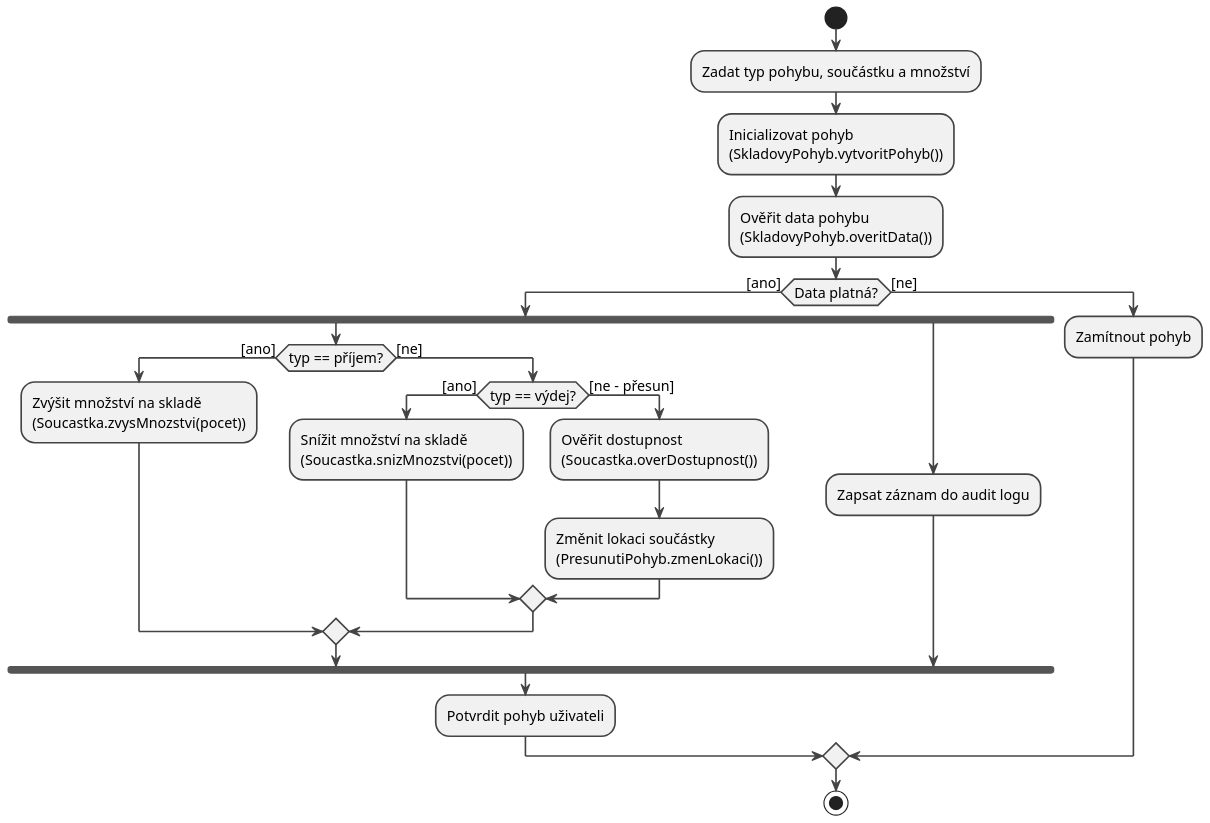
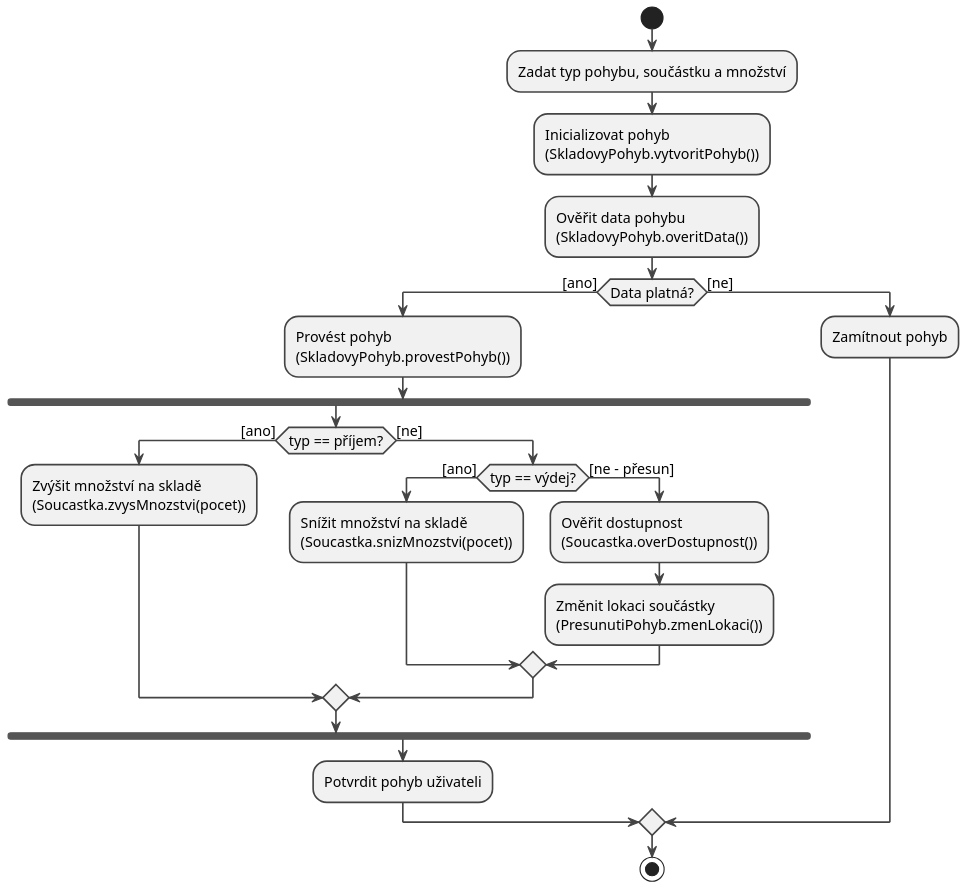
One commit to lkvapil/kOdevzdaniProjektWMS changed the diagram in diagrams/12_activity_wms.puml. Above: the diagram before and after it, drawn with PlantUML. The commit also changed 1 other file, not shown here.

Commit message:
Diagram aktivit – odstraněn audit log

```diff
--- a/diagrams/12_activity_wms.puml
+++ b/diagrams/12_activity_wms.puml
@@ -1,41 +1,40 @@
 @startuml
 scale 1.5
 skinparam defaultFontSize 13
 skinparam ArrowThickness 1.5
 skinparam ActivityBorderThickness 1.5
 skinparam ActivityDiamondBorderThickness 1.5
 skinparam ActivityBorderColor #444444
 skinparam ActivityDiamondBorderColor #444444
 skinparam ArrowColor #444444
 
 start
 
 :Zadat typ pohybu, součástku a množství;
 :Inicializovat pohyb\n(SkladovyPohyb.vytvoritPohyb());
 :Ověřit data pohybu\n(SkladovyPohyb.overitData());
 
 if (Data platná?) then ([ano])
+  :Provést pohyb\n(SkladovyPohyb.provestPohyb());
 
   fork
     if (typ == příjem?) then ([ano])
       :Zvýšit množství na skladě\n(Soucastka.zvysMnozstvi(pocet));
     else ([ne])
       if (typ == výdej?) then ([ano])
         :Snížit množství na skladě\n(Soucastka.snizMnozstvi(pocet));
       else ([ne – přesun])
         :Ověřit dostupnost\n(Soucastka.overDostupnost());
         :Změnit lokaci součástky\n(PresunutiPohyb.zmenLokaci());
       endif
     endif
-  fork again
-    :Zapsat záznam do audit logu;
   end fork
 
   :Potvrdit pohyb uživateli;
 
 else ([ne])
   :Zamítnout pohyb;
 endif
 
 stop
 @enduml
```
